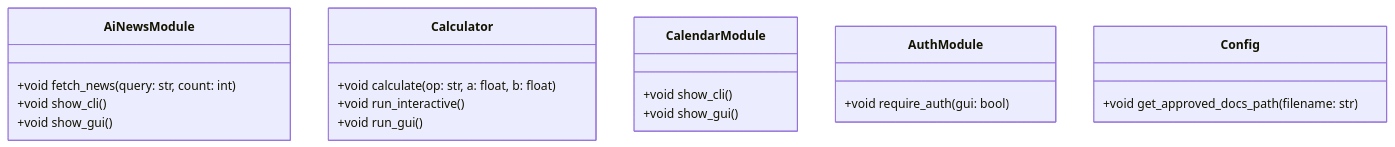
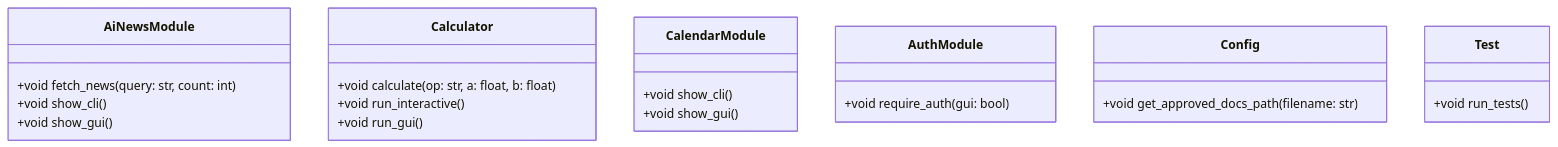
One commit to thoaihcmc/docs-pipeline-e2e-test changed the diagram in docs/diagrams/class.mmd. Above: the diagram before and after it, drawn with Mermaid. The commit also changed 6 other files, not shown here.

Commit message:
docs: auto-generate FDD, BDD, ADD and diagrams for 1498124a237bed918bbaed35b8a14354bd2e9f4d

````diff
--- a/docs/diagrams/class.mmd
+++ b/docs/diagrams/class.mmd
@@ -1,23 +1,26 @@
 ```mermaid  
 classDiagram  
     class AiNewsModule {  
       +void fetch_news(query: str, count: int)  
       +void show_cli()  
       +void show_gui()  
     }  
     class Calculator {  
       +void calculate(op: str, a: float, b: float)  
       +void run_interactive()  
       +void run_gui()  
     }  
     class CalendarModule {  
       +void show_cli()  
       +void show_gui()  
     }  
     class AuthModule {  
       +void require_auth(gui: bool)  
     }  
     class Config {  
       +void get_approved_docs_path(filename: str)  
     }  
+    class Test {  
+      +void run_tests()  
+    }  
 ```
````
